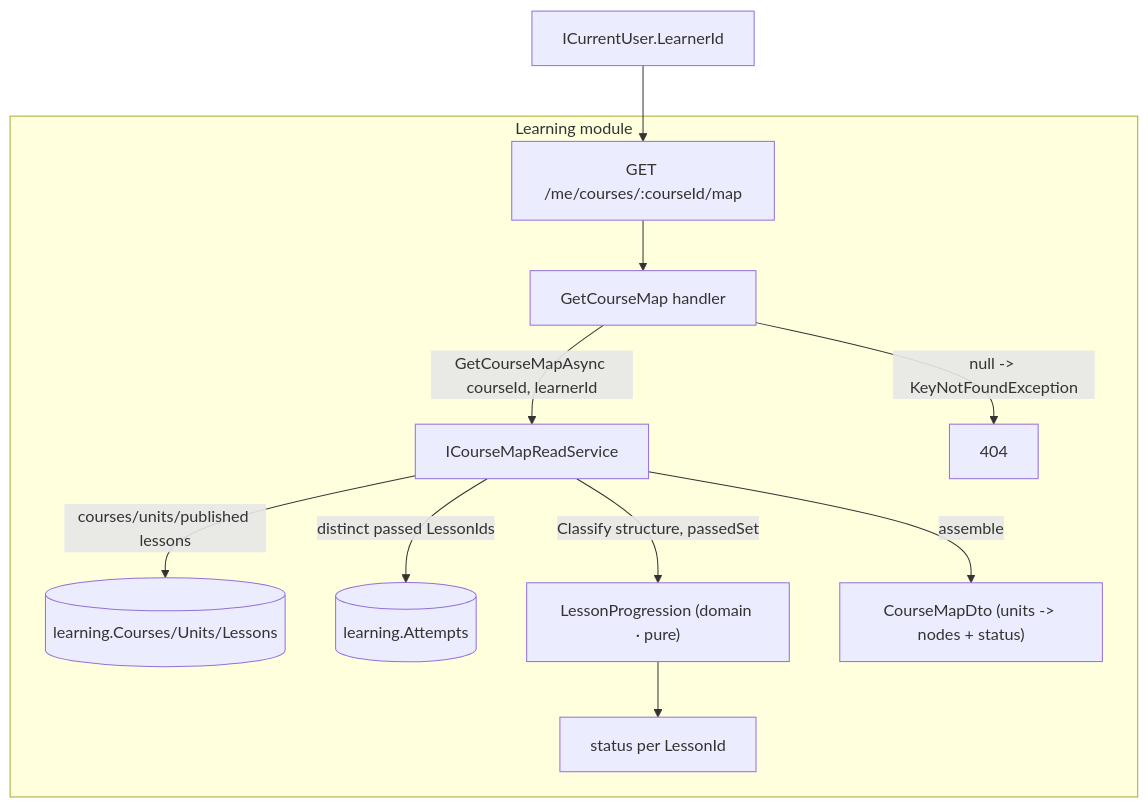
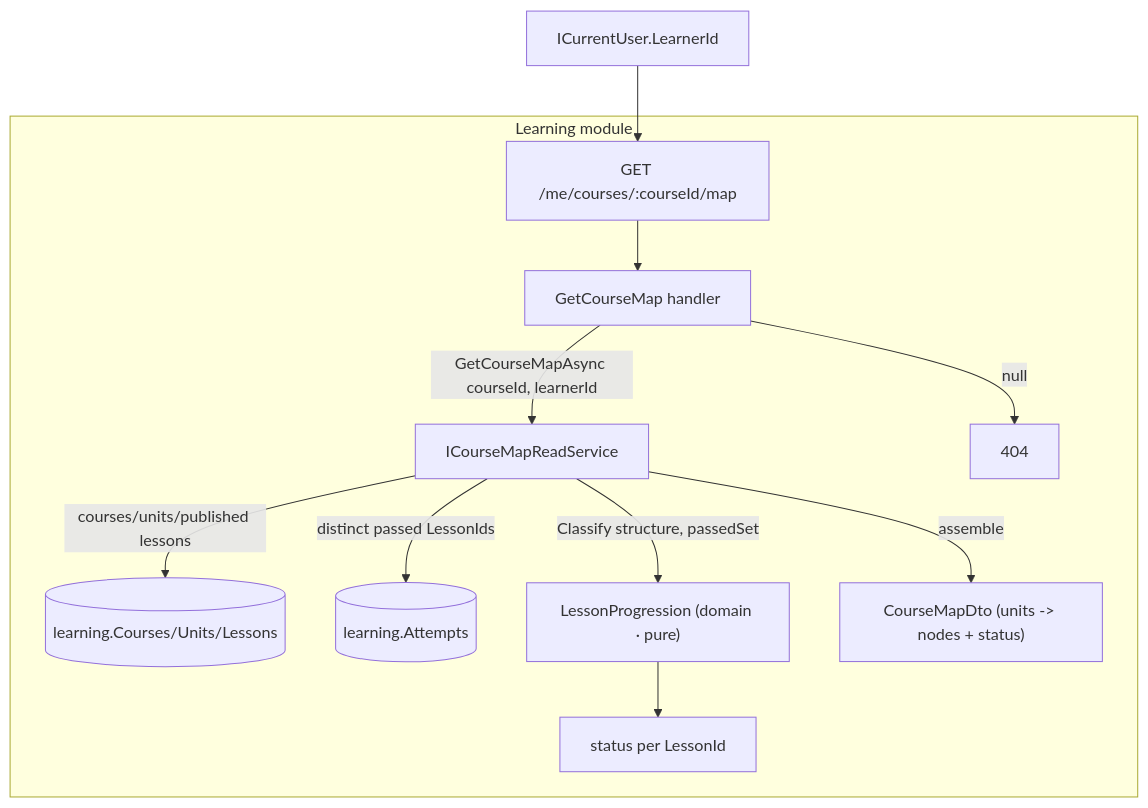
The second of 2 diagrams in docs/superpowers/specs/2026-07-21-learning-slice3-progress-unlocking-design.md (ythalorossy/duolingo-ddd-clean-arch), drawn with Mermaid before and after one commit. The commit also changed other lines of this file and 1 other file, not shown here.

First line of the commit message:
docs(learning): align Slice 3a spec with shipped null->404 convention; add dedup test

````diff
--- a/docs/superpowers/specs/2026-07-21-learning-slice3-progress-unlocking-design.md
+++ b/docs/superpowers/specs/2026-07-21-learning-slice3-progress-unlocking-design.md
@@ -179,14 +183,14 @@
 ```mermaid
 flowchart TB
     subgraph Learning["Learning module"]
       EP["GET /me/courses/:courseId/map"] --> H["GetCourseMap handler"]
       H -->|GetCourseMapAsync courseId, learnerId| RS["ICourseMapReadService"]
       RS -->|courses/units/published lessons| DBL[("learning.Courses/Units/Lessons")]
       RS -->|distinct passed LessonIds| DBA[("learning.Attempts")]
       RS -->|Classify structure, passedSet| POL["LessonProgression (domain · pure)"]
       POL --> STAT["status per LessonId"]
       RS -->|assemble| DTO["CourseMapDto (units -> nodes + status)"]
-      H -->|null -> KeyNotFoundException| NF["404"]
+      H -->|null| NF["404"]
     end
     Host["ICurrentUser.LearnerId"] --> EP
 ```
````
